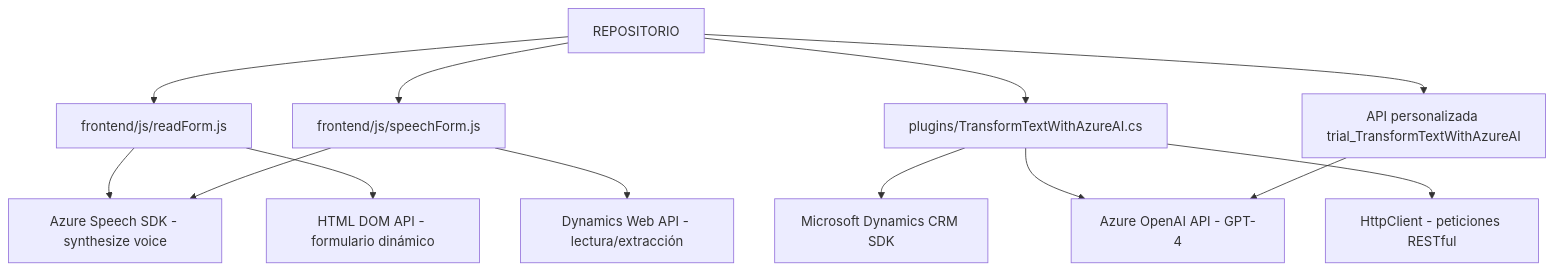
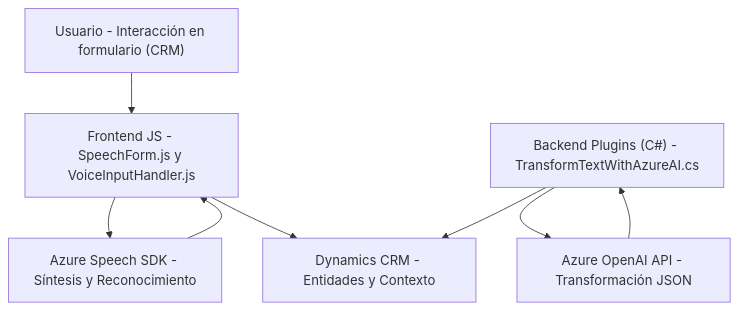
One commit to blopezdm/NETCORE_BILBAO2025 changed the diagram in README.md. Above: the diagram before and after it, drawn with Mermaid. The commit also changed other lines of this file, not shown here.

````diff
--- a/README.md
+++ b/README.md
@@ -36,18 +40,17 @@
 ```mermaid
 graph TD
-  REPOSITORIO --> FRONTEND-JS-readForm-js["frontend/js/readForm.js"]
-  FRONTEND-JS-readForm-js --> Azure-Speech-SDK["Azure Speech SDK - synthesize voice"]
-  FRONTEND-JS-readForm-js --> HTML-DOM-API["HTML DOM API - formulario dinámico"]
-  
-  REPOSITORIO --> FRONTEND-JS-speechForm-js["frontend/js/speechForm.js"]
-  FRONTEND-JS-speechForm-js --> Azure-Speech-SDK
-  FRONTEND-JS-speechForm-js --> Dynamics-API["Dynamics Web API - lectura/extracción"]
-  
-  REPOSITORIO --> Plugins-TransformTextWithAzureAI-cs["plugins/TransformTextWithAzureAI.cs"]
-  Plugins-TransformTextWithAzureAI-cs --> Dynamics-CRM["Microsoft Dynamics CRM SDK"]
-  Plugins-TransformTextWithAzureAI-cs --> Azure-OpenAI["Azure OpenAI API - GPT-4"]
-  Plugins-TransformTextWithAzureAI-cs --> HttpClient["HttpClient - peticiones RESTful"]
-  
-  REPOSITORIO --> APIs-Externas["API personalizada trial_TransformTextWithAzureAI"]
-  APIs-Externas --> Azure-OpenAI
+    A["Usuario - Interacción en formulario (CRM)"]
+    B["Frontend JS - SpeechForm.js y VoiceInputHandler.js"]
+    C["Azure Speech SDK - Síntesis y Reconocimiento"]
+    D["Backend Plugins (C#) - TransformTextWithAzureAI.cs"]
+    E["Azure OpenAI API - Transformación JSON"]
+    F["Dynamics CRM - Entidades y Contexto"]
+
+    A --> B
+    B --> C
+    B --> F
+    C --> B
+    D --> F
+    D --> E
+    E --> D
 ```
````
